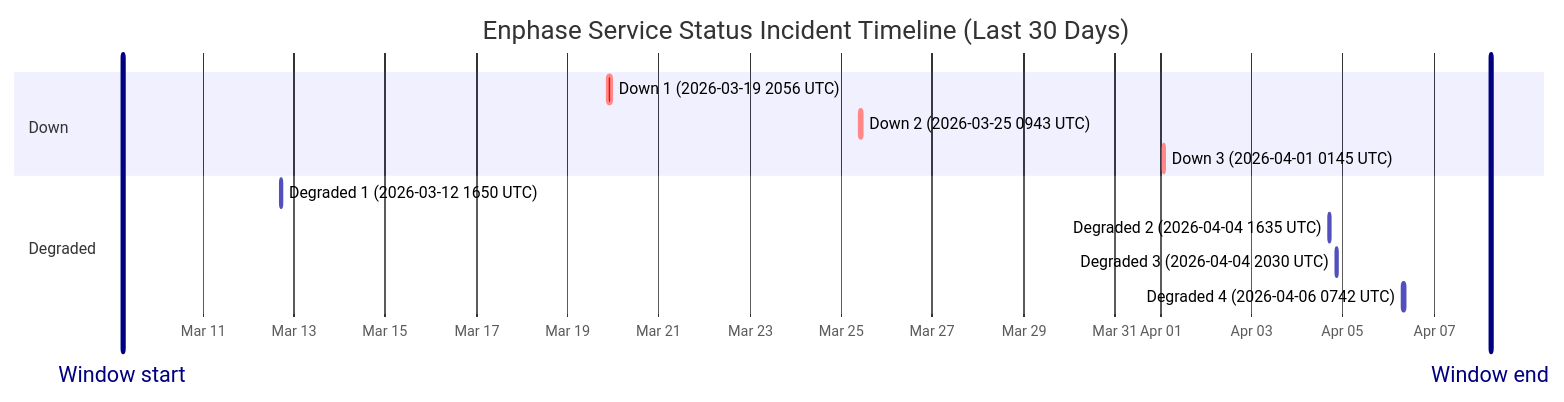
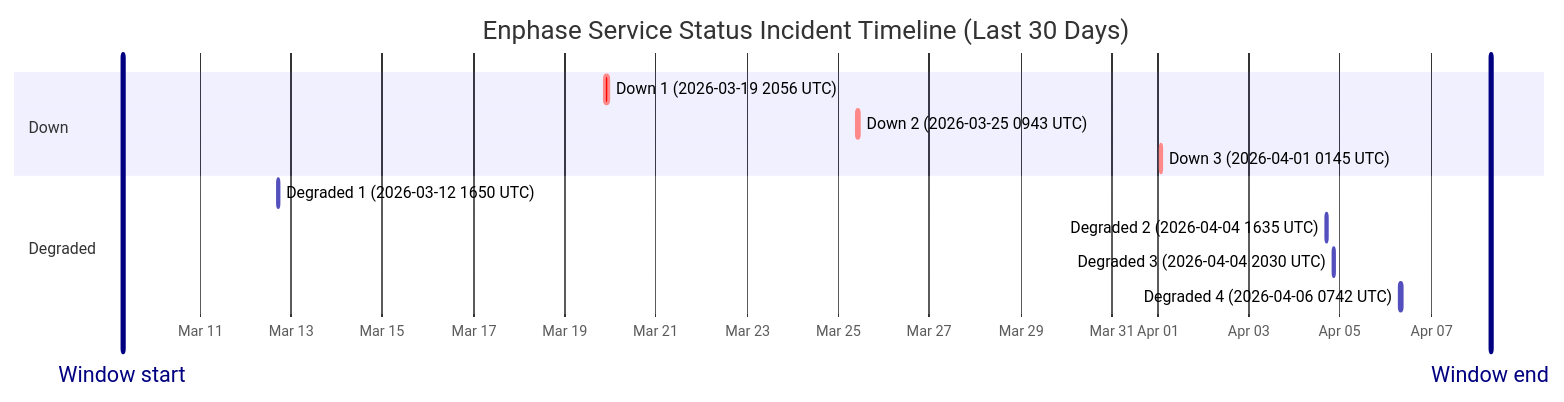
The diagram in wiki/Service-Status-History.md (barneyonline/ha-enphase-ev-charger), drawn with Mermaid before and after one commit. The commit also changed other lines of this file and 3 other files, not shown here.

````diff
--- a/wiki/Service-Status-History.md
+++ b/wiki/Service-Status-History.md
@@ -14,17 +14,17 @@
 ```mermaid
 gantt
     title Enphase Service Status Incident Timeline (Last 30 Days)
     dateFormat  YYYY-MM-DDTHH:mm:ss
     axisFormat  %b %d
-    Window start :vert, window-start, 2026-03-09T05:46:40, 0ms
-    Window end :vert, window-end, 2026-04-08T05:46:40, 0ms
+    Window start :vert, window-start, 2026-03-09T07:18:44, 0ms
+    Window end :vert, window-end, 2026-04-08T07:18:44, 0ms
     section Down
     Down 1 (2026-03-19 2056 UTC) :crit, down-1, 2026-03-19T20:56:20, 145m
     Down 2 (2026-03-25 0943 UTC) :crit, down-2, 2026-03-25T09:43:28, 111m
     Down 3 (2026-04-01 0145 UTC) :crit, down-3, 2026-04-01T01:45:09, 60m
     section Degraded
     Degraded 1 (2026-03-12 1650 UTC) :active, degraded-1, 2026-03-12T16:50:43, 60m
     Degraded 2 (2026-04-04 1635 UTC) :active, degraded-2, 2026-04-04T16:35:17, 60m
     Degraded 3 (2026-04-04 2030 UTC) :active, degraded-3, 2026-04-04T20:30:40, 60m
     Degraded 4 (2026-04-06 0742 UTC) :active, degraded-4, 2026-04-06T07:42:09, 85m
 ```
````
